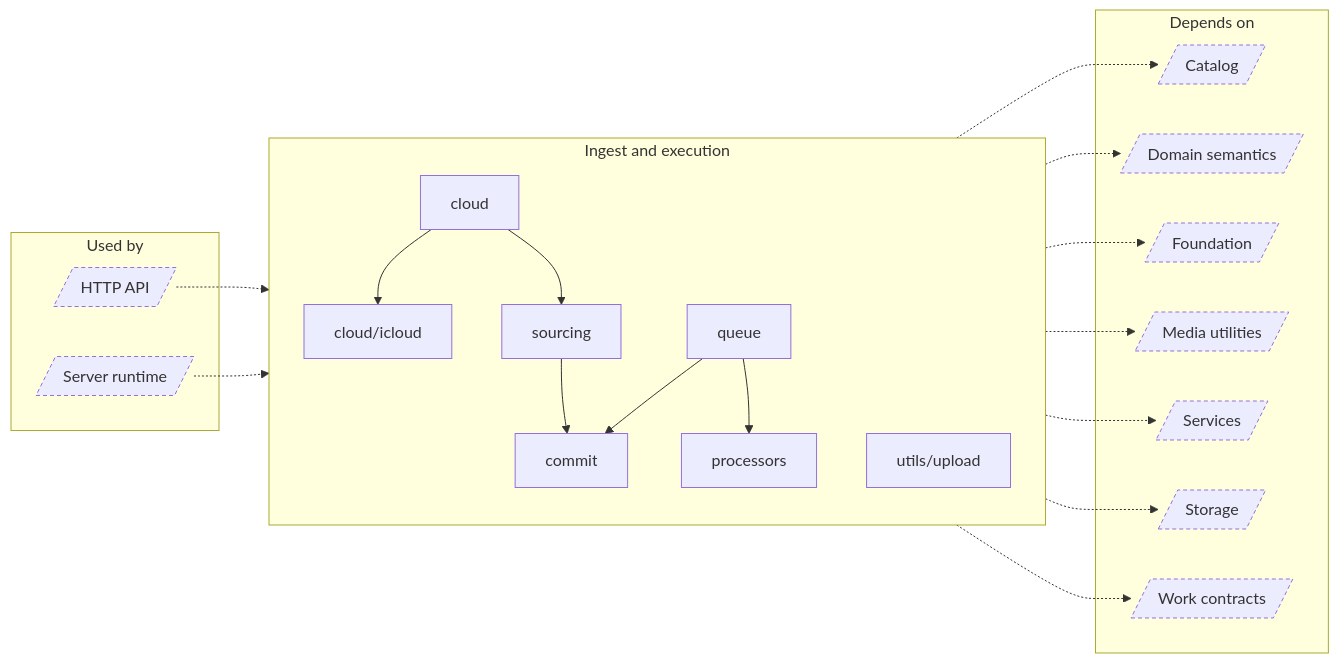
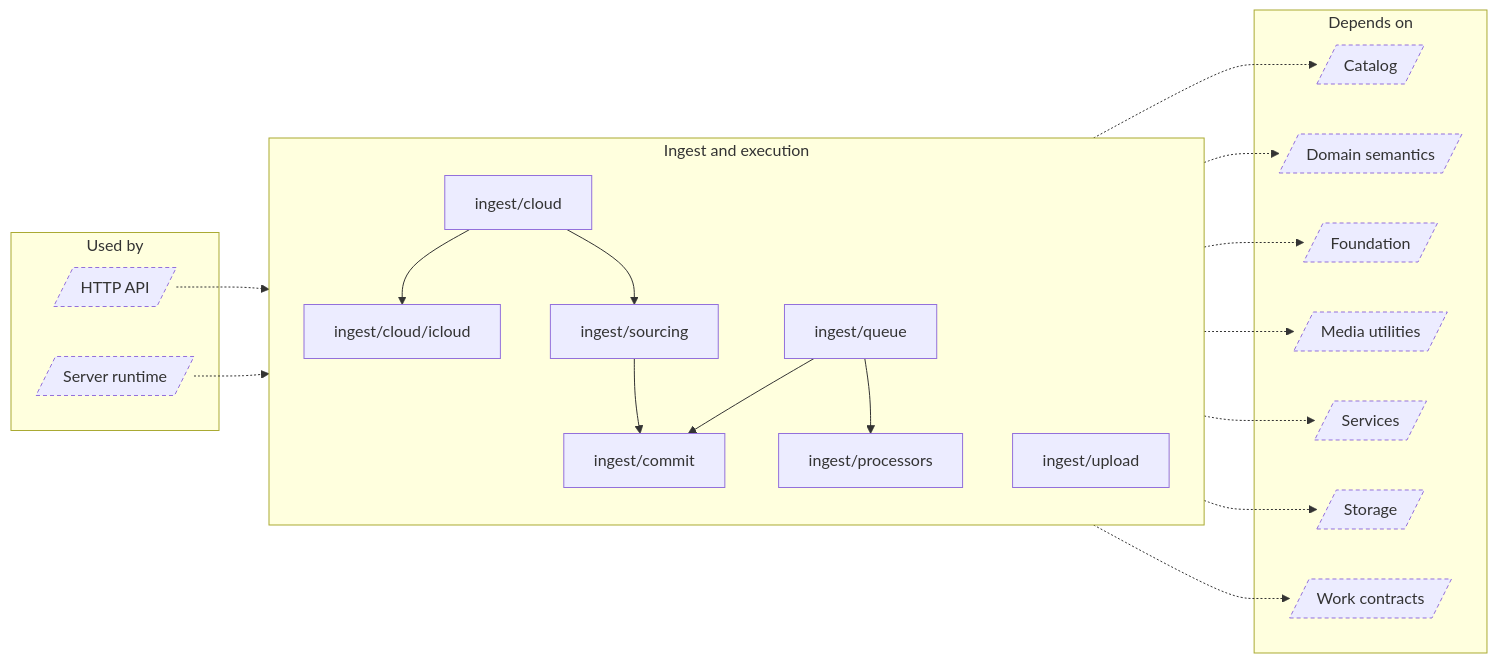
Before and after one commit to EdwinZhanCN/Lumilio-Photos: the diagram in docs/atlas/generated/architecture/group-ingest.md, drawn with Mermaid. The commit also changed other lines of this file and 936 other files, not shown here.

````diff
--- a/docs/atlas/generated/architecture/group-ingest.md
+++ b/docs/atlas/generated/architecture/group-ingest.md
@@ -9,41 +9,41 @@
 ```mermaid
 flowchart LR
     subgraph n_g_Used_by["Used by"]
         n_in_http[/"HTTP API"/]
         n_in_runtime[/"Server runtime"/]
     end
     subgraph n_g_Ingest_and_execution["Ingest and execution"]
-        n_server_internal_cloud["cloud"]
-        n_server_internal_cloud_icloud["cloud/icloud"]
-        n_server_internal_commit["commit"]
-        n_server_internal_processors["processors"]
-        n_server_internal_queue["queue"]
-        n_server_internal_sourcing["sourcing"]
-        n_server_internal_utils_upload["utils/upload"]
+        n_server_internal_ingest_cloud["ingest/cloud"]
+        n_server_internal_ingest_cloud_icloud["ingest/cloud/icloud"]
+        n_server_internal_ingest_commit["ingest/commit"]
+        n_server_internal_ingest_processors["ingest/processors"]
+        n_server_internal_ingest_queue["ingest/queue"]
+        n_server_internal_ingest_sourcing["ingest/sourcing"]
+        n_server_internal_ingest_upload["ingest/upload"]
     end
     subgraph n_g_Depends_on["Depends on"]
         n_out_catalog[/"Catalog"/]
         n_out_domain[/"Domain semantics"/]
         n_out_foundation[/"Foundation"/]
         n_out_media[/"Media utilities"/]
         n_out_service[/"Services"/]
         n_out_storage[/"Storage"/]
         n_out_work[/"Work contracts"/]
     end
     n_in_http -.-> n_g_Ingest_and_execution
     n_in_runtime -.-> n_g_Ingest_and_execution
-    n_server_internal_cloud --> n_server_internal_cloud_icloud
-    n_server_internal_cloud --> n_server_internal_sourcing
-    n_server_internal_queue --> n_server_internal_commit
-    n_server_internal_queue --> n_server_internal_processors
-    n_server_internal_sourcing --> n_server_internal_commit
+    n_server_internal_ingest_cloud --> n_server_internal_ingest_cloud_icloud
+    n_server_internal_ingest_cloud --> n_server_internal_ingest_sourcing
+    n_server_internal_ingest_queue --> n_server_internal_ingest_commit
+    n_server_internal_ingest_queue --> n_server_internal_ingest_processors
+    n_server_internal_ingest_sourcing --> n_server_internal_ingest_commit
     n_g_Ingest_and_execution -.-> n_out_catalog
     n_g_Ingest_and_execution -.-> n_out_domain
     n_g_Ingest_and_execution -.-> n_out_foundation
     n_g_Ingest_and_execution -.-> n_out_media
     n_g_Ingest_and_execution -.-> n_out_service
     n_g_Ingest_and_execution -.-> n_out_storage
     n_g_Ingest_and_execution -.-> n_out_work
     classDef external stroke-dasharray:4 3
     class n_in_http,n_in_runtime,n_out_catalog,n_out_domain,n_out_foundation,n_out_media,n_out_service,n_out_storage,n_out_work external
 ```
````
